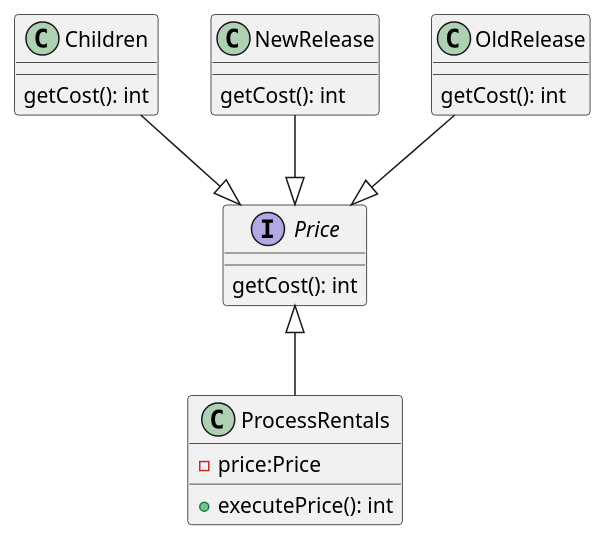
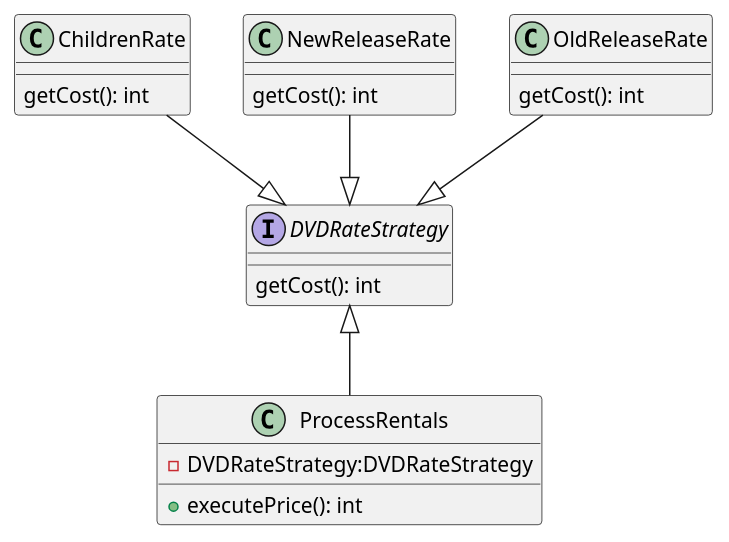
Before and after one commit to Kenzki/design-patterns-dvd-rental-system: the diagram in src/Class Diagram.puml, drawn with PlantUML. The commit also changed 12 other files, not shown here.

```diff
--- a/src/Class Diagram.puml
+++ b/src/Class Diagram.puml
@@ -1,32 +1,32 @@
 @startuml
 
 
-interface Price{
+interface DVDRateStrategy{
 getCost(): int
 }
-class Children{
+class ChildrenRate{
 getCost(): int
 }
-class NewRelease{
+class NewReleaseRate{
 getCost(): int
 }
-class OldRelease{
+class OldReleaseRate{
 getCost(): int
 }
 class ProcessRentals{
--price:Price
+-DVDRateStrategy:DVDRateStrategy
 +executePrice(): int
 }
 
 
 
-NewRelease --|> Price
-OldRelease --|> Price
-Children --|> Price
-Price <|-- ProcessRentals
+NewReleaseRate --|> DVDRateStrategy
+OldReleaseRate --|> DVDRateStrategy
+ChildrenRate --|> DVDRateStrategy
+DVDRateStrategy <|-- ProcessRentals
 
 
 
 
 
 @enduml
```
